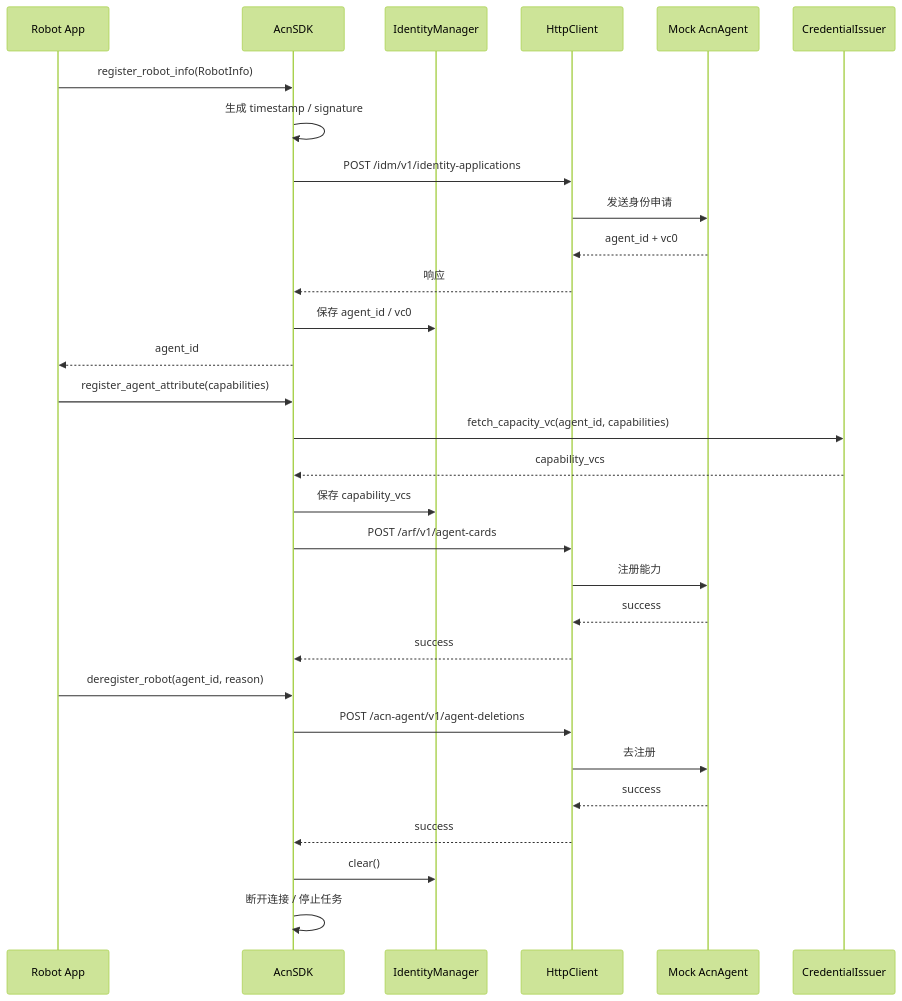
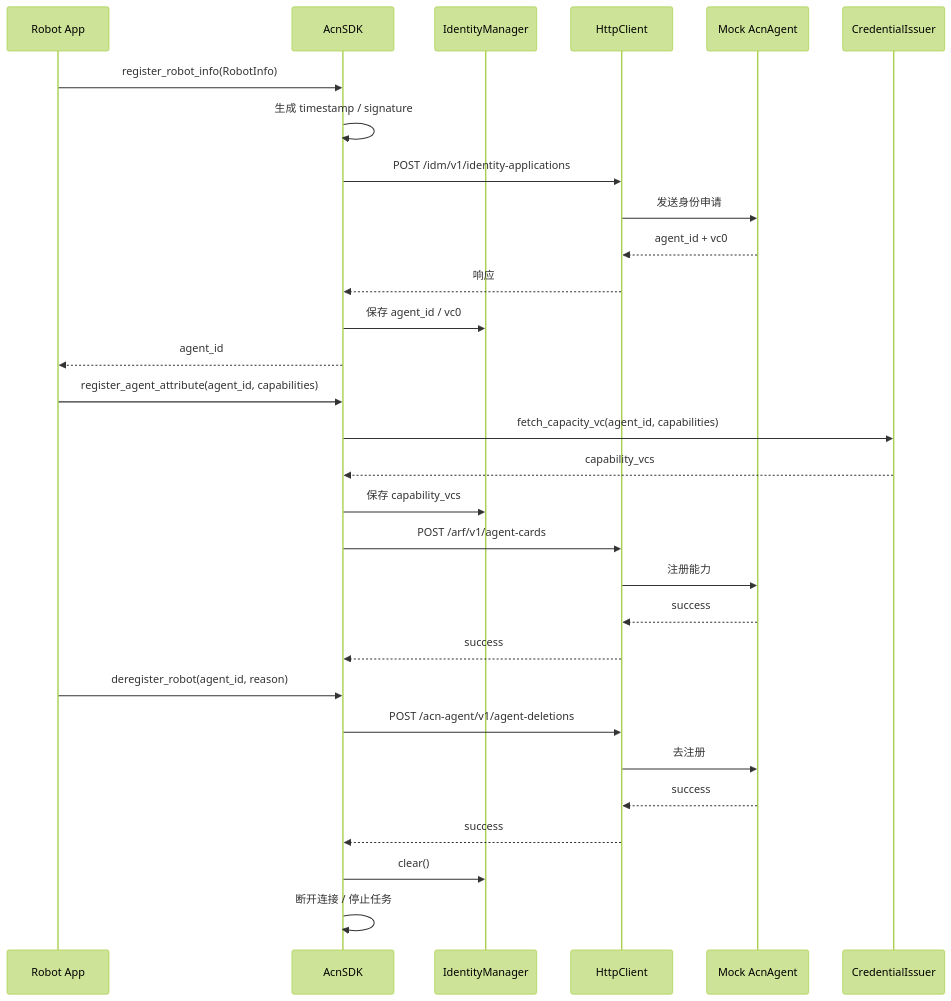
Before and after one commit to acore2026/acn_sdk: the first of 2 diagrams in docs/ARCHITECTURE.md, drawn with Mermaid (forest theme). The commit also changed 5 other files, not shown here.

````diff
--- a/docs/ARCHITECTURE.md
+++ b/docs/ARCHITECTURE.md
@@ -37,35 +37,35 @@
 ```mermaid
 sequenceDiagram
     participant Robot as Robot App
     participant SDK as AcnSDK
     participant ID as IdentityManager
     participant HTTP as HttpClient
     participant Agent as Mock AcnAgent
     participant Issuer as CredentialIssuer
 
     Robot->>SDK: register_robot_info(RobotInfo)
     SDK->>SDK: 生成 timestamp / signature
     SDK->>HTTP: POST /idm/v1/identity-applications
     HTTP->>Agent: 发送身份申请
     Agent-->>HTTP: agent_id + vc0
     HTTP-->>SDK: 响应
     SDK->>ID: 保存 agent_id / vc0
     SDK-->>Robot: agent_id
 
-    Robot->>SDK: register_agent_attribute(capabilities)
+    Robot->>SDK: register_agent_attribute(agent_id, capabilities)
     SDK->>Issuer: fetch_capacity_vc(agent_id, capabilities)
     Issuer-->>SDK: capability_vcs
     SDK->>ID: 保存 capability_vcs
     SDK->>HTTP: POST /arf/v1/agent-cards
     HTTP->>Agent: 注册能力
     Agent-->>HTTP: success
     HTTP-->>SDK: success
 
     Robot->>SDK: deregister_robot(agent_id, reason)
     SDK->>HTTP: POST /acn-agent/v1/agent-deletions
     HTTP->>Agent: 去注册
     Agent-->>HTTP: success
     HTTP-->>SDK: success
     SDK->>ID: clear()
     SDK->>SDK: 断开连接 / 停止任务
 ```
````
